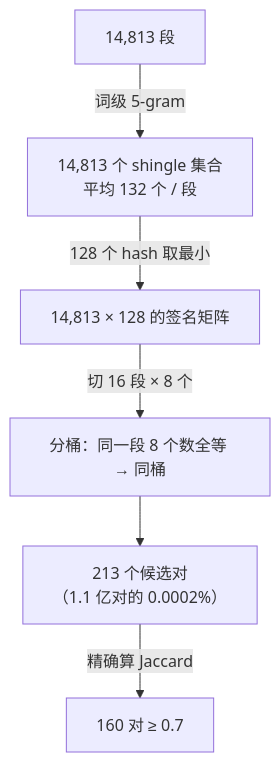
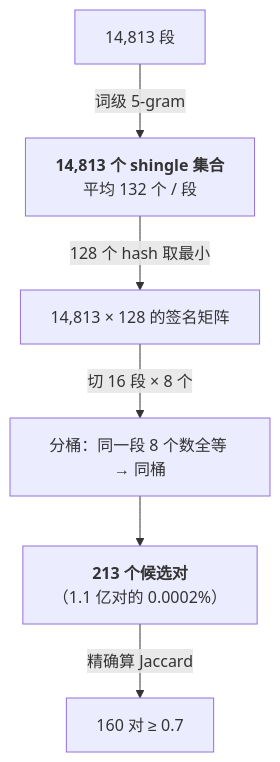
The second of 2 diagrams in _posts/2026-03-08-deduplication-minhash-and-lsh-probabilities.md (arganzheng/arganzheng.github.com), drawn with Mermaid before and after one commit. The commit also changed other lines of this file and 8 other files, not shown here.

First line of the commit message:
LLM 时代的经典机器学习：只讲它在哪里重现：Mermaid 多行方框的首行标为标题（9 篇）

````diff
--- a/_posts/2026-03-08-deduplication-minhash-and-lsh-probabilities.md
+++ b/_posts/2026-03-08-deduplication-minhash-and-lsh-probabilities.md
@@ -459,9 +459,9 @@
 ```mermaid
 %% 图：14,813 段文本的去重流水线
 flowchart TB
-    D["14,813 段"] -->|词级 5-gram| S["14,813 个 shingle 集合<br/>平均 132 个 / 段"]
+    D["14,813 段"] -->|词级 5-gram| S["<b>14,813 个 shingle 集合</b><br/>平均 132 个 / 段"]
     S -->|"128 个 hash 取最小"| M["14,813 × 128 的签名矩阵"]
     M -->|"切 16 段 × 8 个"| B["分桶：同一段 8 个数全等 → 同桶"]
-    B --> Cd["213 个候选对<br/>（1.1 亿对的 0.0002%）"]
+    B --> Cd["<b>213 个候选对</b><br/>（1.1 亿对的 0.0002%）"]
     Cd -->|精确算 Jaccard| R["160 对 ≥ 0.7"]
 ```
````
